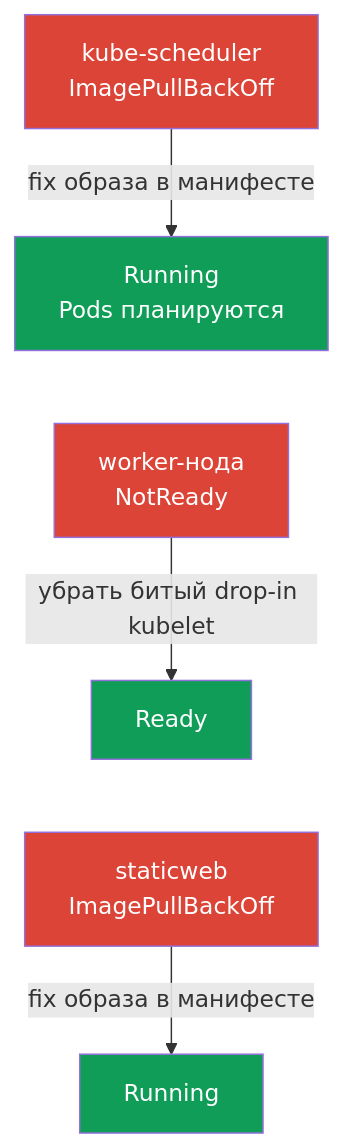
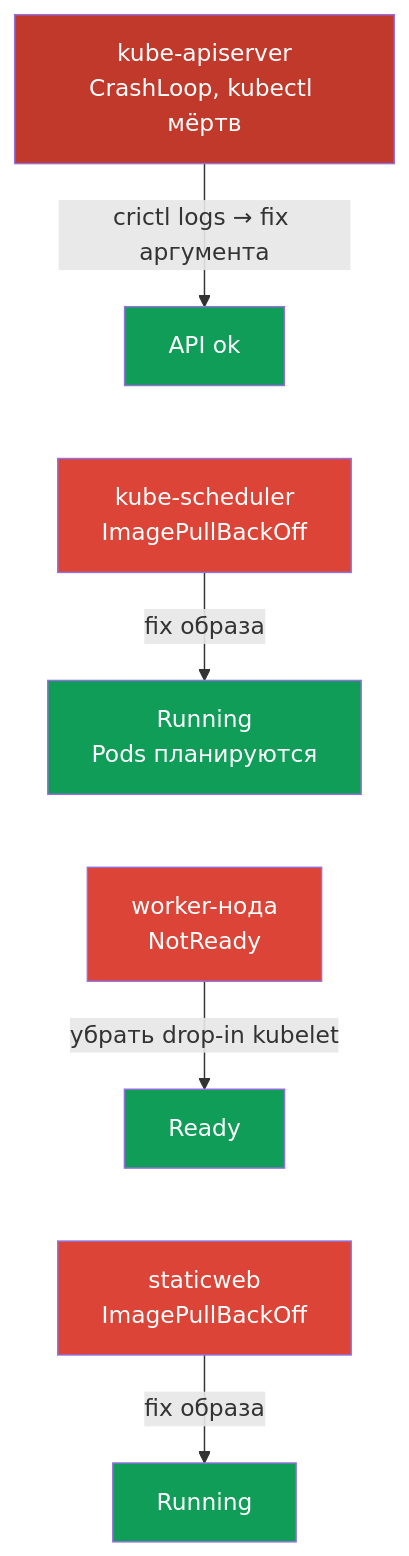
The diagram in tasks/cka/labs/117/README_RU.MD (ViktorUJ/cks), drawn with Mermaid before and after one commit. The commit also changed other lines of this file and 4 other files, not shown here.

````diff
--- a/tasks/cka/labs/117/README_RU.MD
+++ b/tasks/cka/labs/117/README_RU.MD
@@ -38,14 +41,18 @@
 ```mermaid
 flowchart TB
-    a["kube-scheduler<br>ImagePullBackOff"] -->|"fix образа в манифесте"| a2["Running<br>Pods планируются"]
-    b["worker-нода<br>NotReady"] -->|"убрать битый drop-in kubelet"| b2["Ready"]
-    c["staticweb<br>ImagePullBackOff"] -->|"fix образа в манифесте"| c2["Running"]
+    api["kube-apiserver<br>CrashLoop, kubectl мёртв"] -->|"crictl logs → fix аргумента"| api2["API ok"]
+    a["kube-scheduler<br>ImagePullBackOff"] -->|"fix образа"| a2["Running<br>Pods планируются"]
+    b["worker-нода<br>NotReady"] -->|"убрать drop-in kubelet"| b2["Ready"]
+    c["staticweb<br>ImagePullBackOff"] -->|"fix образа"| c2["Running"]
+    api2 ~~~ a
     a2 ~~~ b
     b2 ~~~ c
+    style api fill:#c0392b,color:#fff
     style a fill:#db4437,color:#fff
     style b fill:#db4437,color:#fff
     style c fill:#db4437,color:#fff
+    style api2 fill:#0f9d58,color:#fff
     style a2 fill:#0f9d58,color:#fff
     style b2 fill:#0f9d58,color:#fff
     style c2 fill:#0f9d58,color:#fff
 ```
````
